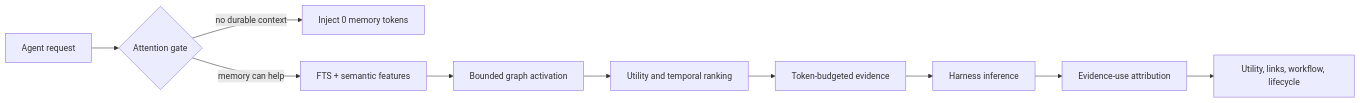
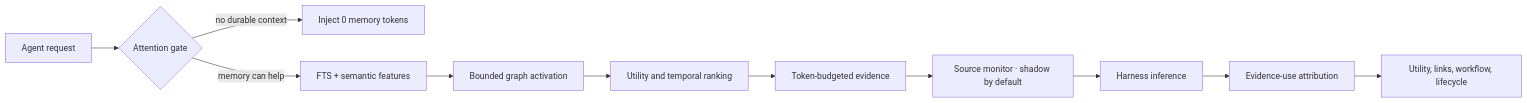
Before and after one commit to jacobycoffin/cortex-memory: the diagram in README.md, drawn with Mermaid. The commit also changed other lines of this file and 21 other files, not shown here.

````diff
--- a/README.md
+++ b/README.md
@@ -170,12 +172,13 @@
 ```mermaid
 flowchart LR
     Q["Agent request"] --> G{"Attention gate"}
     G -->|"no durable context"| Z["Inject 0 memory tokens"]
     G -->|"memory can help"| H["FTS + semantic features"]
     H --> A["Bounded graph activation"]
     A --> R["Utility and temporal ranking"]
     R --> B["Token-budgeted evidence"]
-    B --> L["Harness inference"]
+    B --> M["Source monitor · shadow by default"]
+    M --> L["Harness inference"]
     L --> U["Evidence-use attribution"]
     U --> S["Utility, links, workflow, lifecycle"]
 ```
````
